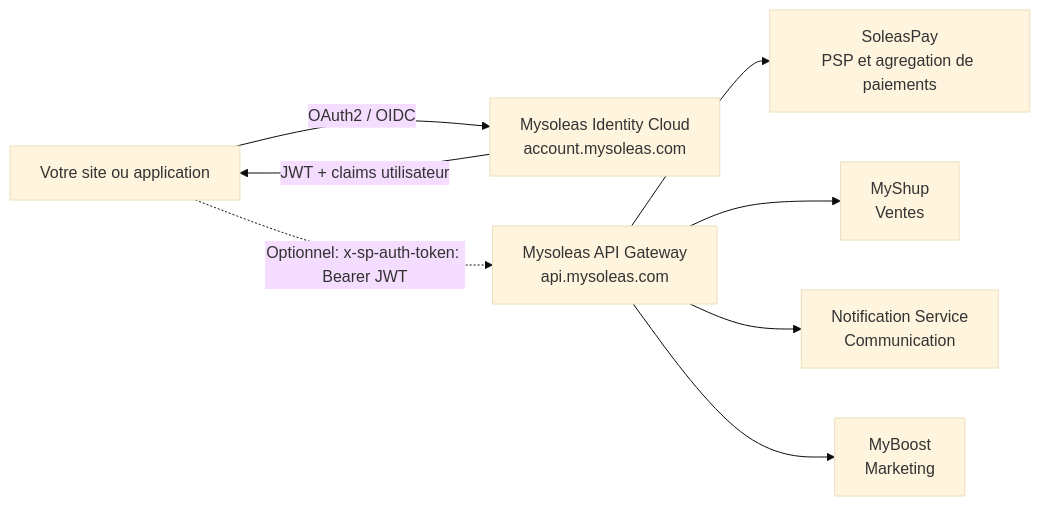
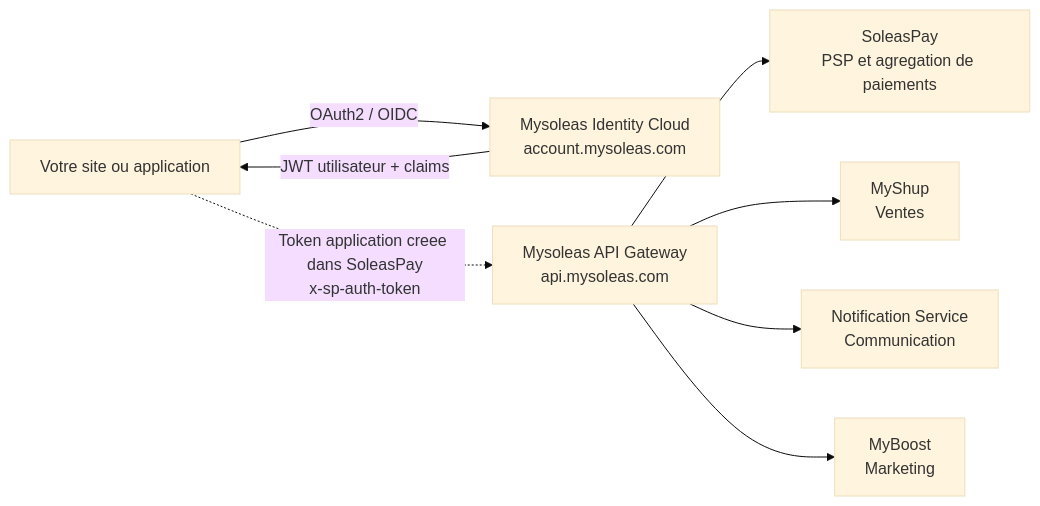
The diagram in api-docs/architecture.mdx (MYSOLEAS/documentation), drawn with Mermaid (base theme) before and after one commit. The commit also changed other lines of this file and 21 other files, not shown here.

````diff
--- a/api-docs/architecture.mdx
+++ b/api-docs/architecture.mdx
@@ -10,18 +10,18 @@
 ```mermaid
 flowchart LR
   App["Votre site ou application"]
   Auth["Mysoleas Identity Cloud<br/>account.mysoleas.com"]
   Gateway["Mysoleas API Gateway<br/>api.mysoleas.com"]
   Pay["SoleasPay<br/>PSP et agregation de paiements"]
   Shup["MyShup<br/>Ventes"]
   Notify["Notification Service<br/>Communication"]
   Boost["MyBoost<br/>Marketing"]
 
   App -->|"OAuth2 / OIDC"| Auth
-  Auth -->|"JWT + claims utilisateur"| App
-  App -.->|"Optionnel: x-sp-auth-token: Bearer JWT"| Gateway
+  Auth -->|"JWT utilisateur + claims"| App
+  App -.->|"Token application creee dans SoleasPay<br/>x-sp-auth-token"| Gateway
   Gateway --> Pay
   Gateway --> Shup
   Gateway --> Notify
   Gateway --> Boost
 ```
````
